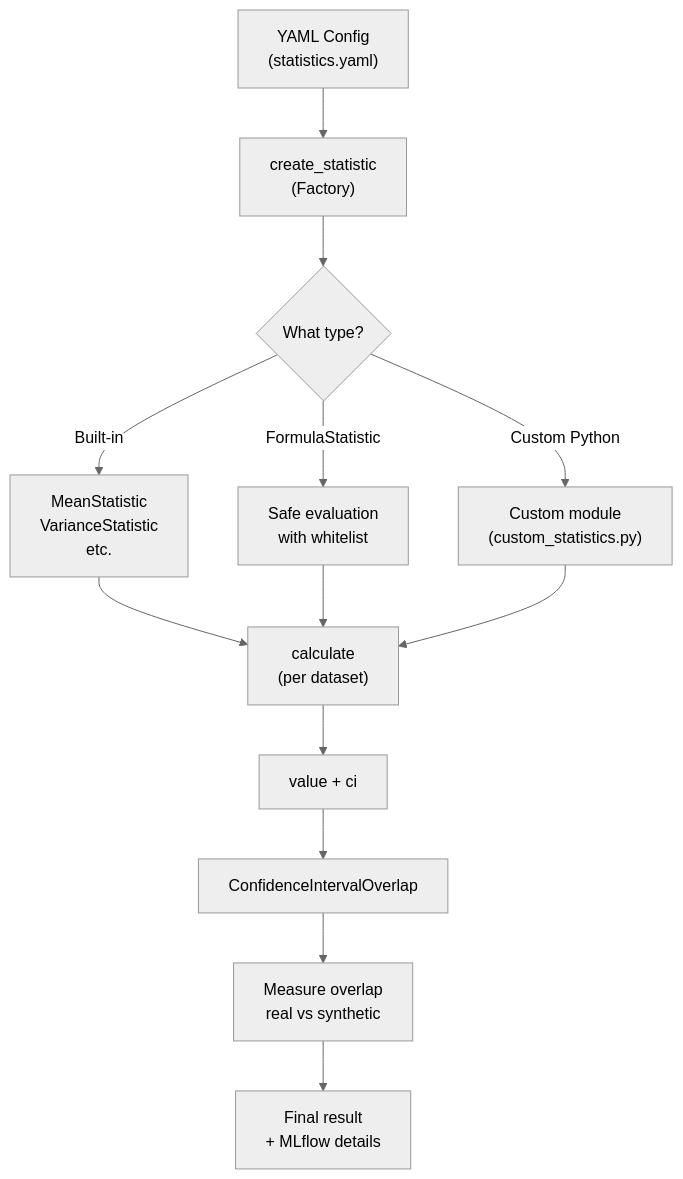
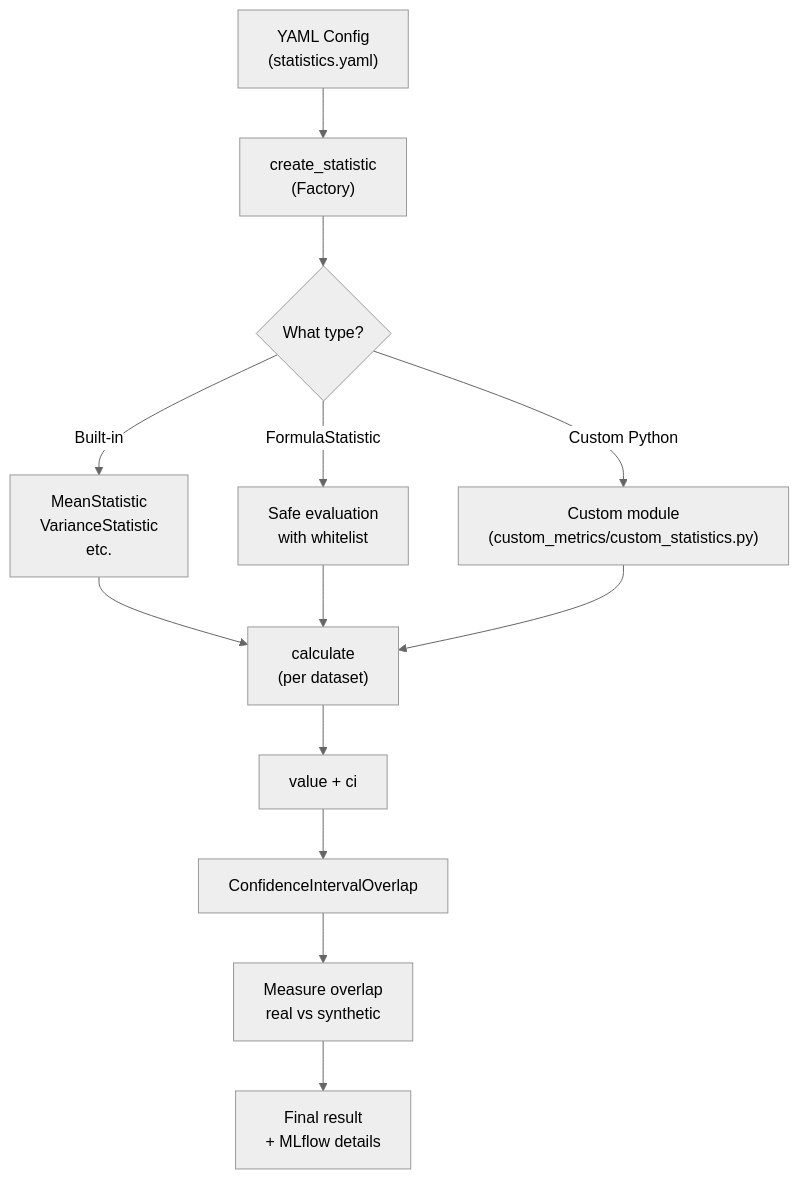
One commit to Espacio-Nacional-de-Datos-de-Salud/Datos-Sinteticos changed the diagram in docs/concepts/confidence_interval_overlap.md. Above: the diagram before and after it, drawn with Mermaid (neutral theme). The commit also changed other lines of this file and 8 other files, not shown here.

````diff
--- a/docs/concepts/confidence_interval_overlap.md
+++ b/docs/concepts/confidence_interval_overlap.md
@@ -59,15 +59,15 @@
 ```mermaid
 graph TD
     A["YAML Config<br/>(statistics.yaml)"] --> B["create_statistic<br/>(Factory)"]
     B --> C{"What type?"}
     C -->|Built-in| D["MeanStatistic<br/>VarianceStatistic<br/>etc."]
     C -->|FormulaStatistic| E["Safe evaluation<br/>with whitelist"]
-    C -->|Custom Python| F["Custom module<br/>(custom_statistics.py)"]
+    C -->|Custom Python| F["Custom module<br/>(custom_metrics/custom_statistics.py)"]
     D --> G["calculate<br/>(per dataset)"]
     E --> G
     F --> G
     G --> H["value + ci"]
     H --> I["ConfidenceIntervalOverlap"]
     I --> J["Measure overlap<br/>real vs synthetic"]
     J --> K["Final result<br/>+ MLflow details"]
 ```
````
